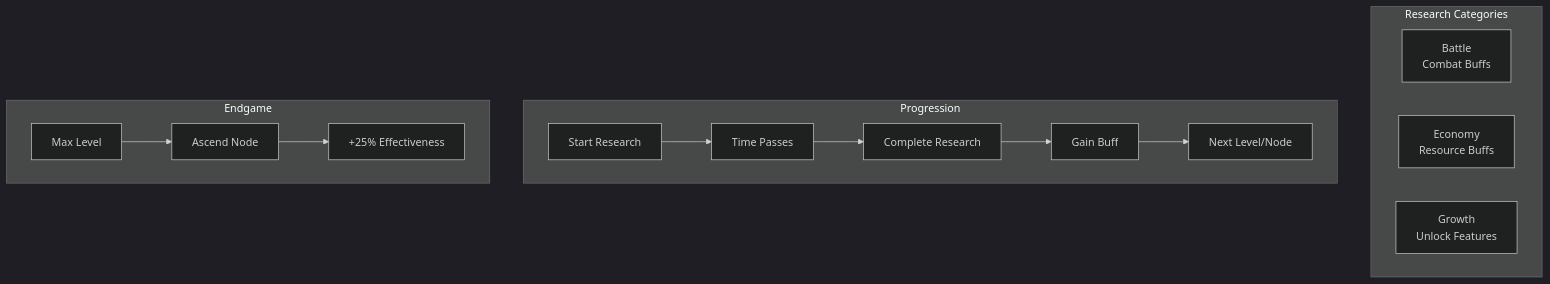
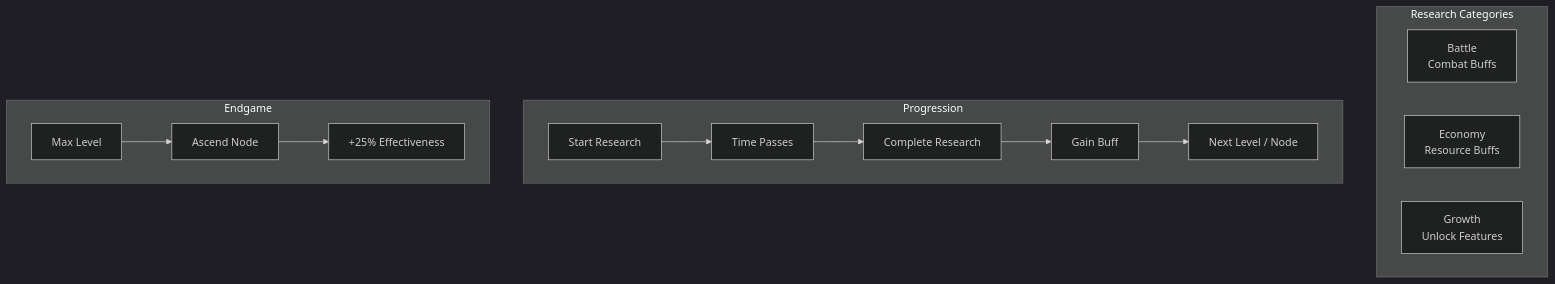
The first of 9 diagrams in docs/onchain/04-systems/research.md (crypt0miester/novus-mundus), drawn with Mermaid (dark theme) before and after one commit. The commit also changed other lines of this file and 259 other files, not shown here.

````diff
--- a/docs/onchain/04-systems/research.md
+++ b/docs/onchain/04-systems/research.md
@@ -9,20 +9,20 @@
 ```mermaid
 graph TB
     subgraph "Research Categories"
         BATTLE[Battle<br/>Combat Buffs]
         ECONOMY[Economy<br/>Resource Buffs]
         GROWTH[Growth<br/>Unlock Features]
     end
 
     subgraph "Progression"
         START[Start Research] --> WAIT[Time Passes]
         WAIT --> COMPLETE[Complete Research]
         COMPLETE --> BUFF[Gain Buff]
-        BUFF --> NEXT[Next Level/Node]
+        BUFF --> NEXT[Next Level / Node]
     end
 
     subgraph "Endgame"
         MAX[Max Level] --> ASCEND[Ascend Node]
-        ASCEND --> BONUS[+25% Effectiveness]
+        ASCEND --> BONUS["+25% Effectiveness"]
     end
 ```
````
